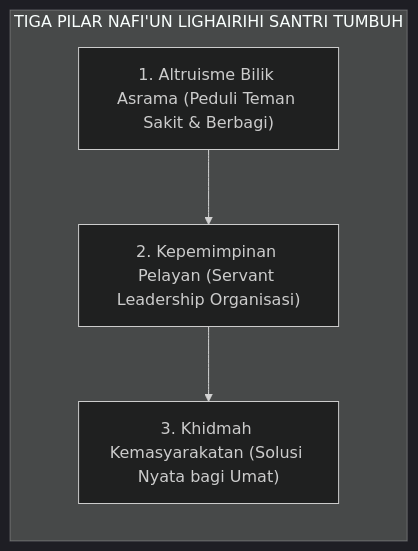
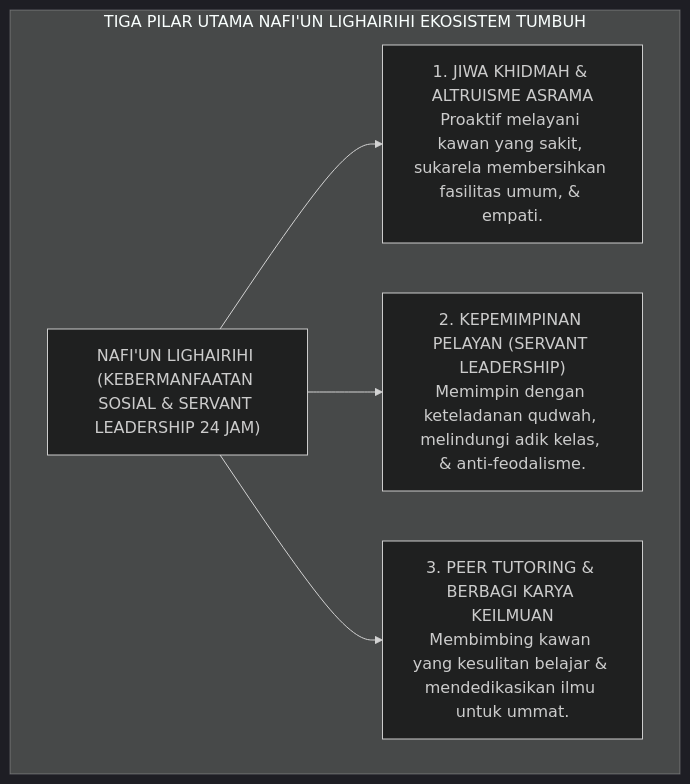
The first of 2 diagrams in BOOK-SERIES/Volume-02/Bab-02-Profil-10-Muwashafat-Karakter-Santri/10-Nafiun-Lighairihi.md (wandiapriliyandi/tumbuh), drawn with Mermaid (dark theme) before and after one commit. The commit also changed other lines of this file and 18 other files, not shown here.

````diff
--- a/BOOK-SERIES/Volume-02/Bab-02-Profil-10-Muwashafat-Karakter-Santri/10-Nafiun-Lighairihi.md
+++ b/BOOK-SERIES/Volume-02/Bab-02-Profil-10-Muwashafat-Karakter-Santri/10-Nafiun-Lighairihi.md
@@ -23,7 +23,12 @@
 ```mermaid
-graph LR
-    subgraph PilarKhidmah["TIGA PILAR NAFI'UN LIGHAIRIHI SANTRI TUMBUH"]
-        Kamar["1. Altruisme Bilik Asrama (Peduli Teman Sakit & Berbagi)"] --> Organisasi["2. Kepemimpinan Pelayan (Servant Leadership Organisasi)"]
-        Organisasi --> Ummat["3. Khidmah Kemasyarakatan (Solusi Nyata bagi Umat)"]
+graph TD
+    subgraph PilarKhidmah["TIGA PILAR UTAMA NAFI'UN LIGHAIRIHI EKOSISTEM TUMBUH"]
+        PorosKhidmah["NAFI'UN LIGHAIRIHI (KEBERMANFAATAN SOSIAL & SERVANT LEADERSHIP 24 JAM)"]
+        
+        PorosKhidmah --> P1["1. JIWA KHIDMAH & ALTRUISME ASRAMA<br/>Proaktif melayani kawan yang sakit, sukarela membersihkan fasilitas umum, & empati."]
+        
+        PorosKhidmah --> P2["2. KEPEMIMPINAN PELAYAN (SERVANT LEADERSHIP)<br/>Memimpin dengan keteladanan qudwah, melindungi adik kelas, & anti-feodalisme."]
+        
+        PorosKhidmah --> P3["3. PEER TUTORING & BERBAGI KARYA KEILMUAN<br/>Membimbing kawan yang kesulitan belajar & mendedikasikan ilmu untuk ummat."]
     end
 ```
````
